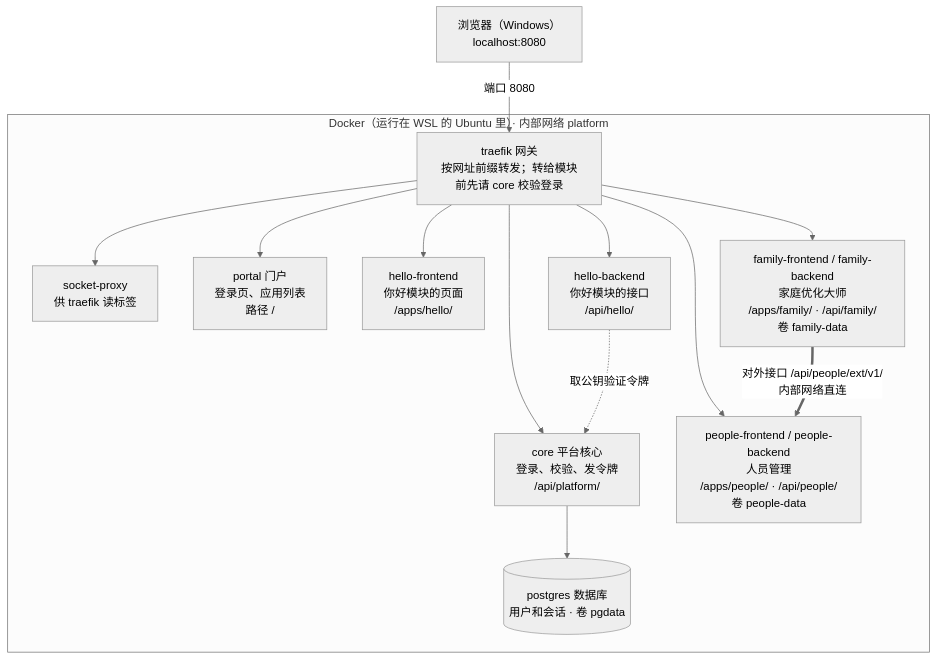
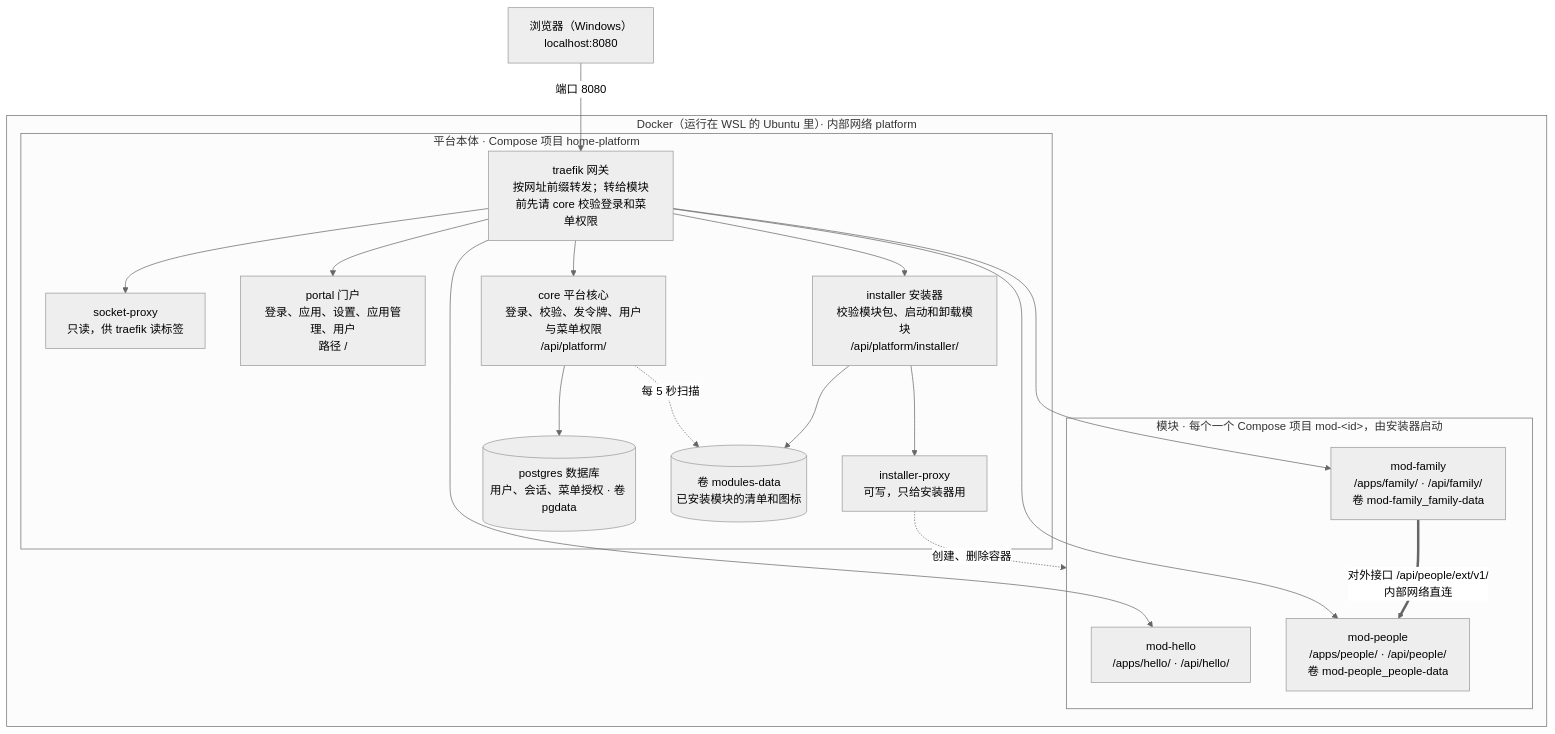
One commit to Beane-Big/vibebooth changed the diagram in ARCHITECTURE.md. Above: the diagram before and after it, drawn with Mermaid (neutral theme). The commit also changed other lines of this file and 7 other files, not shown here.

````diff
--- a/ARCHITECTURE.md
+++ b/ARCHITECTURE.md
@@ -20,26 +20,35 @@
 ```mermaid
 flowchart TB
     browser["浏览器（Windows）<br/>localhost:8080"]
     subgraph docker["Docker（运行在 WSL 的 Ubuntu 里）· 内部网络 platform"]
-        traefik["traefik 网关<br/>按网址前缀转发；转给模块前先请 core 校验登录"]
-        socket["socket-proxy<br/>供 traefik 读标签"]
-        portal["portal 门户<br/>登录页、应用列表<br/>路径 /"]
-        core["core 平台核心<br/>登录、校验、发令牌<br/>/api/platform/"]
-        hf["hello-frontend<br/>你好模块的页面<br/>/apps/hello/"]
-        hb["hello-backend<br/>你好模块的接口<br/>/api/hello/"]
-        pf["people-frontend / people-backend<br/>人员管理<br/>/apps/people/ · /api/people/<br/>卷 people-data"]
-        ff["family-frontend / family-backend<br/>家庭优化大师<br/>/apps/family/ · /api/family/<br/>卷 family-data"]
-        pg[("postgres 数据库<br/>用户和会话 · 卷 pgdata")]
+        subgraph base["平台本体 · Compose 项目 home-platform"]
+            traefik["traefik 网关<br/>按网址前缀转发；转给模块前先请 core 校验登录和菜单权限"]
+            socket["socket-proxy<br/>只读，供 traefik 读标签"]
+            portal["portal 门户<br/>登录、应用、设置、应用管理、用户<br/>路径 /"]
+            core["core 平台核心<br/>登录、校验、发令牌、用户与菜单权限<br/>/api/platform/"]
+            installer["installer 安装器<br/>校验模块包、启动和卸载模块<br/>/api/platform/installer/"]
+            iproxy["installer-proxy<br/>可写，只给安装器用"]
+            pg[("postgres 数据库<br/>用户、会话、菜单授权 · 卷 pgdata")]
+            mods[("卷 modules-data<br/>已安装模块的清单和图标")]
+        end
+        subgraph modules["模块 · 每个一个 Compose 项目 mod-&lt;id&gt;，由安装器启动"]
+            hello["mod-hello<br/>/apps/hello/ · /api/hello/"]
+            people["mod-people<br/>/apps/people/ · /api/people/<br/>卷 mod-people_people-data"]
+            family["mod-family<br/>/apps/family/ · /api/family/<br/>卷 mod-family_family-data"]
+        end
     end
     browser -- "端口 8080" --> traefik
     traefik --> socket
     traefik --> portal
     traefik --> core
-    traefik --> hf
-    traefik --> hb
-    traefik --> pf
-    traefik --> ff
+    traefik --> installer
+    traefik --> hello
+    traefik --> people
+    traefik --> family
     core --> pg
-    hb -. "取公钥验证令牌" .-> core
-    ff == "对外接口 /api/people/ext/v1/<br/>内部网络直连" ==> pf
+    core -. "每 5 秒扫描" .-> mods
+    installer --> mods
+    installer --> iproxy
+    iproxy -. "创建、删除容器" .-> modules
+    family == "对外接口 /api/people/ext/v1/<br/>内部网络直连" ==> people
 ```
````
